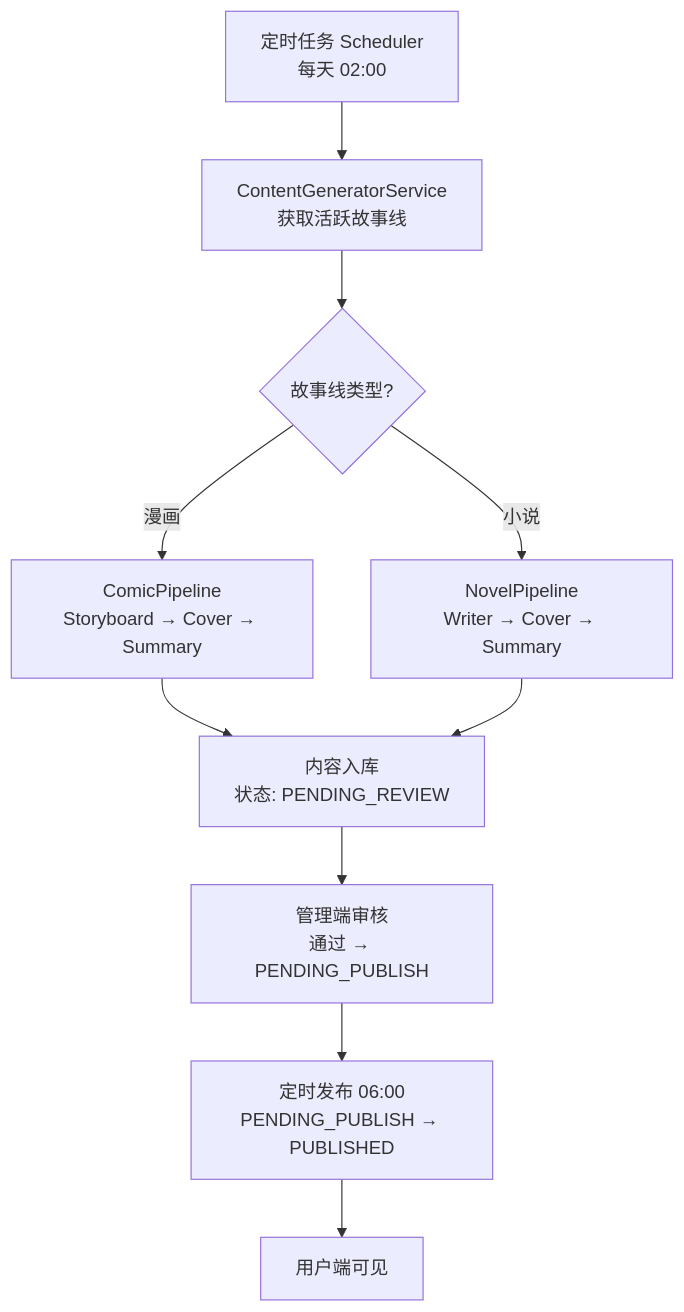
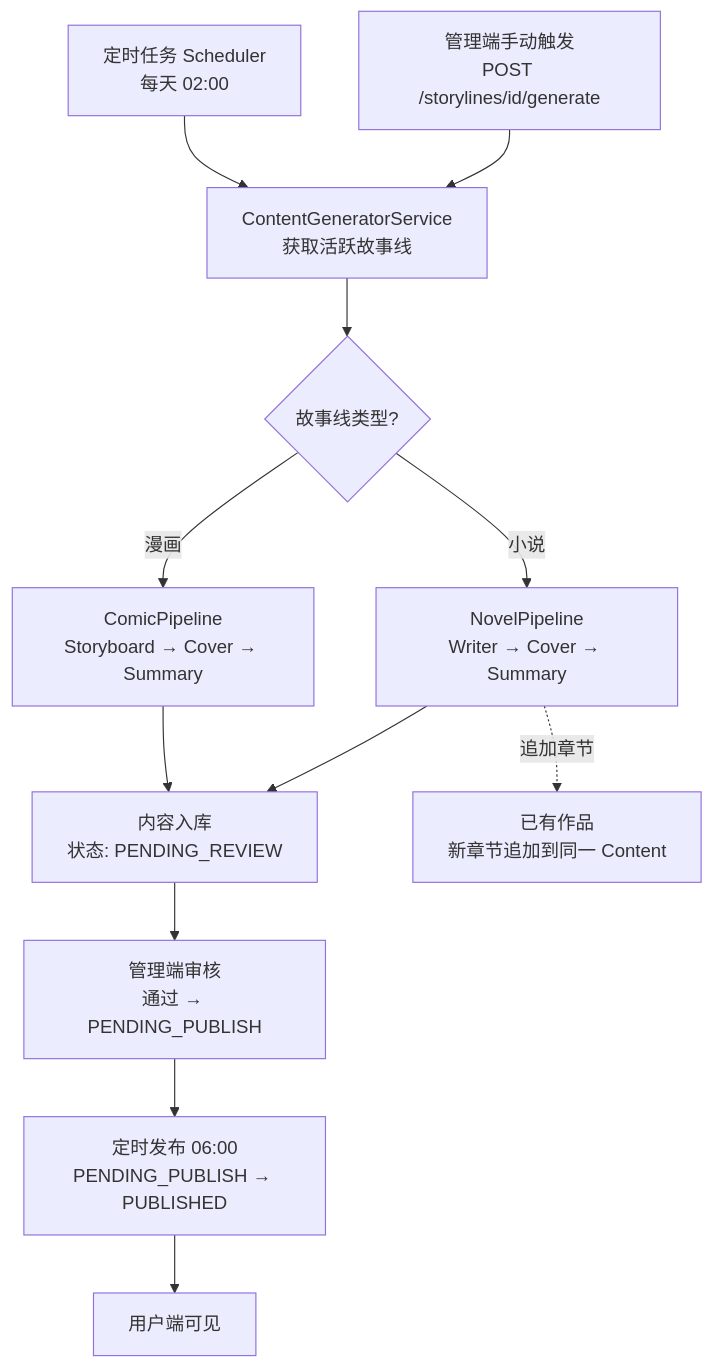
One commit to zhulaoqi/comicsai changed the fifth of 6 diagrams in README.md. Above: the diagram before and after it, drawn with Mermaid. The commit also changed other lines of this file and 27 other files, not shown here.

````diff
--- a/README.md
+++ b/README.md
@@ -174,12 +266,14 @@
 ```mermaid
 flowchart TD
     SJ[定时任务 Scheduler<br/>每天 02:00] --> CGS[ContentGeneratorService<br/>获取活跃故事线]
+    MAN[管理端手动触发<br/>POST /storylines/id/generate] --> CGS
     CGS --> ROUTE{故事线类型?}
     ROUTE -->|漫画| CP[ComicPipeline<br/>Storyboard → Cover → Summary]
     ROUTE -->|小说| NP[NovelPipeline<br/>Writer → Cover → Summary]
     CP --> CONTENT[内容入库<br/>状态: PENDING_REVIEW]
     NP --> CONTENT
+    NP -.->|追加章节| EXIST[已有作品<br/>新章节追加到同一 Content]
     CONTENT --> ADMIN[管理端审核<br/>通过 → PENDING_PUBLISH]
     ADMIN --> PUB[定时发布 06:00<br/>PENDING_PUBLISH → PUBLISHED]
     PUB --> READER[用户端可见]
 ```
````
